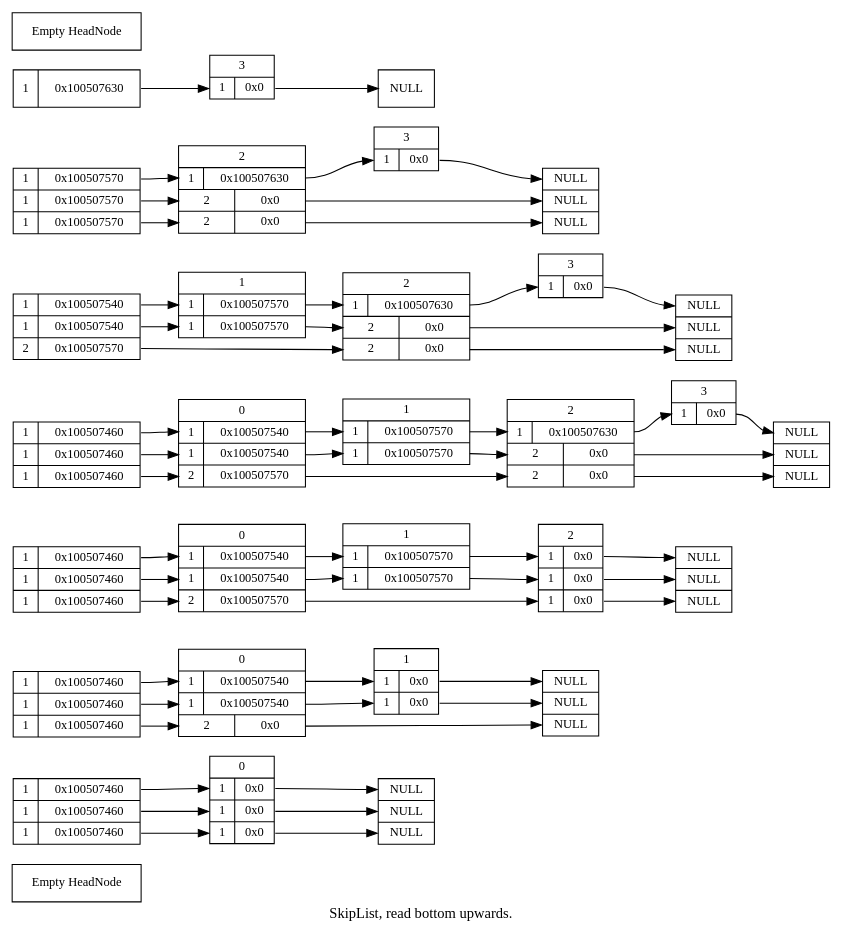
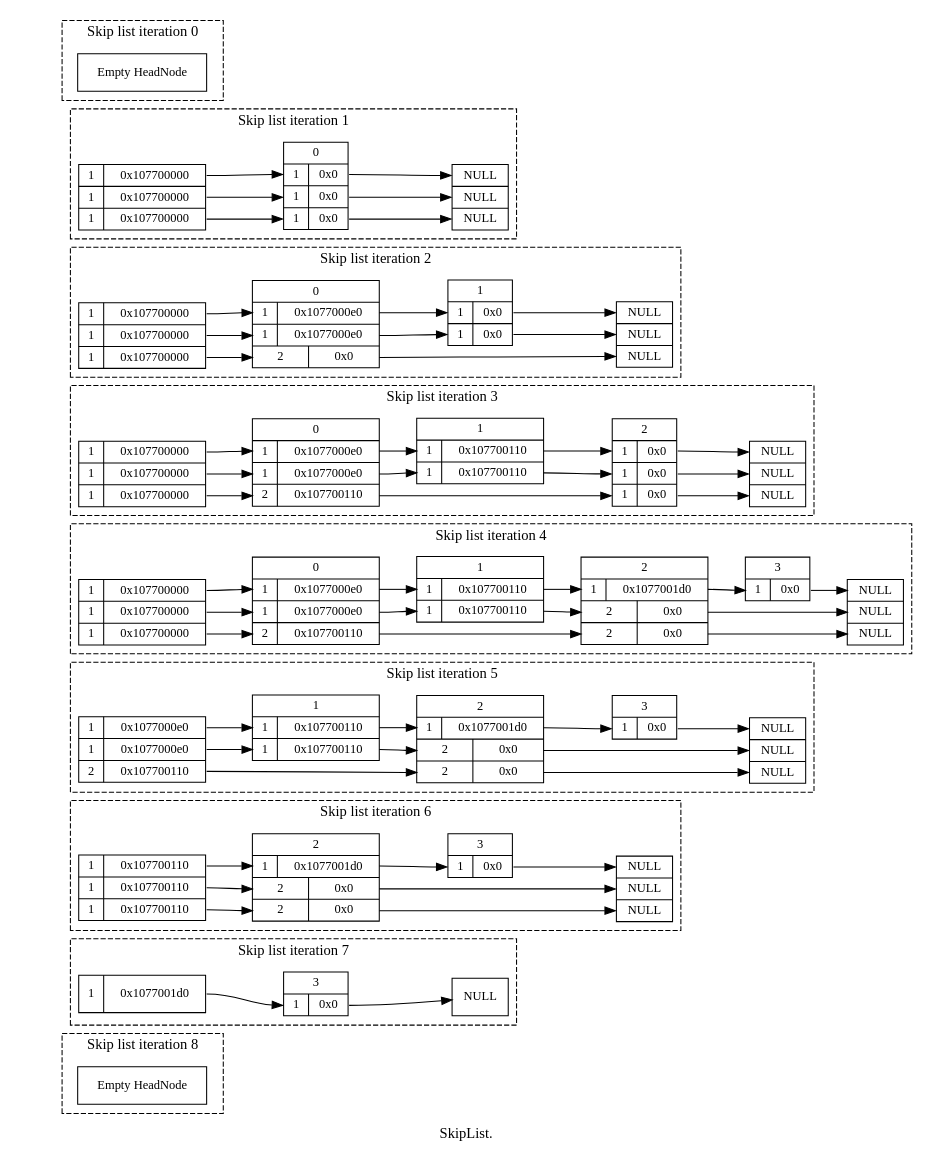
The diagram in doc/skiplist_visualisation/dot/doc_insert_remove.dot (paulross/skiplist), drawn with Graphviz before and after one commit. The commit also changed 31 other files, not shown here.

```diff
--- a/doc/skiplist_visualisation/dot/doc_insert_remove.dot
+++ b/doc/skiplist_visualisation/dot/doc_insert_remove.dot
@@ -1,169 +1,225 @@
 # doc_insert_remove
 digraph SkipList {
-label = "SkipList, read bottom upwards."
+label = "SkipList."
 graph [rankdir = "LR"];
 node [fontsize = "12" shape = "ellipse"];
 edge [];
-"HeadNode" [
+
+subgraph cluster0 {
+style=dashed
+label="Skip list iteration 0"
+"HeadNode0" [
 label = "Empty HeadNode"
 shape = "record"
 ];
+}
+
+subgraph cluster1 {
+style=dashed
+label="Skip list iteration 1"
 "HeadNode1" [
-label = "{ 1 | <f0> 0x100507460} | { 1 | <f1> 0x100507460} | { 1 | <f2> 0x100507460}"
+label = "{ 1 | <f0> 0x107700000} | { 1 | <f1> 0x107700000} | { 1 | <f2> 0x107700000}"
 shape = "record"
 ];
 "node10x0" [label = "<w1> NULL | <w2> NULL | <w3> NULL" shape = "record"];
-"HeadNode1":f0 -> "node10x100507460":w1 [];
-"HeadNode1":f1 -> "node10x100507460":w2 [];
-"HeadNode1":f2 -> "node10x100507460":w3 [];
-"node10x100507460" [
+"HeadNode1":f0 -> "node10x107700000":w1 [];
+"HeadNode1":f1 -> "node10x107700000":w2 [];
+"HeadNode1":f2 -> "node10x107700000":w3 [];
+"node10x107700000" [
 label = "<f0> 0 | { <w1> 1 | <f1> 0x0 } | { <w2> 1 | <f2> 0x0 } | { <w3> 1 | <f3> 0x0 }"
 shape = "record"
 ];
-"node10x100507460":f1 -> "node10x0":w1 [];
-"node10x100507460":f2 -> "node10x0":w2 [];
-"node10x100507460":f3 -> "node10x0":w3 [];
+"node10x107700000":f1 -> "node10x0":w1 [];
+"node10x107700000":f2 -> "node10x0":w2 [];
+"node10x107700000":f3 -> "node10x0":w3 [];
+}
+
+subgraph cluster2 {
+style=dashed
+label="Skip list iteration 2"
 "HeadNode2" [
-label = "{ 1 | <f0> 0x100507460} | { 1 | <f1> 0x100507460} | { 1 | <f2> 0x100507460}"
+label = "{ 1 | <f0> 0x107700000} | { 1 | <f1> 0x107700000} | { 1 | <f2> 0x107700000}"
 shape = "record"
 ];
 "node20x0" [label = "<w1> NULL | <w2> NULL | <w3> NULL" shape = "record"];
-"HeadNode2":f0 -> "node20x100507460":w1 [];
-"HeadNode2":f1 -> "node20x100507460":w2 [];
-"HeadNode2":f2 -> "node20x100507460":w3 [];
-"node20x100507460" [
-label = "<f0> 0 | { <w1> 1 | <f1> 0x100507540 } | { <w2> 1 | <f2> 0x100507540 } | { <w3> 2 | <f3> 0x0 }"
+"HeadNode2":f0 -> "node20x107700000":w1 [];
+"HeadNode2":f1 -> "node20x107700000":w2 [];
+"HeadNode2":f2 -> "node20x107700000":w3 [];
+"node20x107700000" [
+label = "<f0> 0 | { <w1> 1 | <f1> 0x1077000e0 } | { <w2> 1 | <f2> 0x1077000e0 } | { <w3> 2 | <f3> 0x0 }"
 shape = "record"
 ];
-"node20x100507460":f1 -> "node20x100507540":w1 [];
-"node20x100507460":f2 -> "node20x100507540":w2 [];
-"node20x100507460":f3 -> "node20x0":w3 [];
-"node20x100507540" [
+"node20x107700000":f1 -> "node20x1077000e0":w1 [];
+"node20x107700000":f2 -> "node20x1077000e0":w2 [];
+"node20x107700000":f3 -> "node20x0":w3 [];
+"node20x1077000e0" [
 label = "<f0> 1 | { <w1> 1 | <f1> 0x0 } | { <w2> 1 | <f2> 0x0 }"
 shape = "record"
 ];
-"node20x100507540":f1 -> "node20x0":w1 [];
-"node20x100507540":f2 -> "node20x0":w2 [];
+"node20x1077000e0":f1 -> "node20x0":w1 [];
+"node20x1077000e0":f2 -> "node20x0":w2 [];
+}
+
+subgraph cluster3 {
+style=dashed
+label="Skip list iteration 3"
 "HeadNode3" [
-label = "{ 1 | <f0> 0x100507460} | { 1 | <f1> 0x100507460} | { 1 | <f2> 0x100507460}"
+label = "{ 1 | <f0> 0x107700000} | { 1 | <f1> 0x107700000} | { 1 | <f2> 0x107700000}"
 shape = "record"
 ];
 "node30x0" [label = "<w1> NULL | <w2> NULL | <w3> NULL" shape = "record"];
-"HeadNode3":f0 -> "node30x100507460":w1 [];
-"HeadNode3":f1 -> "node30x100507460":w2 [];
-"HeadNode3":f2 -> "node30x100507460":w3 [];
-"node30x100507460" [
-label = "<f0> 0 | { <w1> 1 | <f1> 0x100507540 } | { <w2> 1 | <f2> 0x100507540 } | { <w3> 2 | <f3> 0x100507570 }"
+"HeadNode3":f0 -> "node30x107700000":w1 [];
+"HeadNode3":f1 -> "node30x107700000":w2 [];
+"HeadNode3":f2 -> "node30x107700000":w3 [];
+"node30x107700000" [
+label = "<f0> 0 | { <w1> 1 | <f1> 0x1077000e0 } | { <w2> 1 | <f2> 0x1077000e0 } | { <w3> 2 | <f3> 0x107700110 }"
 shape = "record"
 ];
-"node30x100507460":f1 -> "node30x100507540":w1 [];
-"node30x100507460":f2 -> "node30x100507540":w2 [];
-"node30x100507460":f3 -> "node30x100507570":w3 [];
-"node30x100507540" [
-label = "<f0> 1 | { <w1> 1 | <f1> 0x100507570 } | { <w2> 1 | <f2> 0x100507570 }"
+"node30x107700000":f1 -> "node30x1077000e0":w1 [];
+"node30x107700000":f2 -> "node30x1077000e0":w2 [];
+"node30x107700000":f3 -> "node30x107700110":w3 [];
+"node30x1077000e0" [
+label = "<f0> 1 | { <w1> 1 | <f1> 0x107700110 } | { <w2> 1 | <f2> 0x107700110 }"
 shape = "record"
 ];
-"node30x100507540":f1 -> "node30x100507570":w1 [];
-"node30x100507540":f2 -> "node30x100507570":w2 [];
-"node30x100507570" [
+"node30x1077000e0":f1 -> "node30x107700110":w1 [];
+"node30x1077000e0":f2 -> "node30x107700110":w2 [];
+"node30x107700110" [
 label = "<f0> 2 | { <w1> 1 | <f1> 0x0 } | { <w2> 1 | <f2> 0x0 } | { <w3> 1 | <f3> 0x0 }"
 shape = "record"
 ];
-"node30x100507570":f1 -> "node30x0":w1 [];
-"node30x100507570":f2 -> "node30x0":w2 [];
-"node30x100507570":f3 -> "node30x0":w3 [];
+"node30x107700110":f1 -> "node30x0":w1 [];
+"node30x107700110":f2 -> "node30x0":w2 [];
+"node30x107700110":f3 -> "node30x0":w3 [];
+}
+
+subgraph cluster4 {
+style=dashed
+label="Skip list iteration 4"
 "HeadNode4" [
-label = "{ 1 | <f0> 0x100507460} | { 1 | <f1> 0x100507460} | { 1 | <f2> 0x100507460}"
+label = "{ 1 | <f0> 0x107700000} | { 1 | <f1> 0x107700000} | { 1 | <f2> 0x107700000}"
 shape = "record"
 ];
 "node40x0" [label = "<w1> NULL | <w2> NULL | <w3> NULL" shape = "record"];
-"HeadNode4":f0 -> "node40x100507460":w1 [];
-"HeadNode4":f1 -> "node40x100507460":w2 [];
-"HeadNode4":f2 -> "node40x100507460":w3 [];
-"node40x100507460" [
-label = "<f0> 0 | { <w1> 1 | <f1> 0x100507540 } | { <w2> 1 | <f2> 0x100507540 } | { <w3> 2 | <f3> 0x100507570 }"
+"HeadNode4":f0 -> "node40x107700000":w1 [];
+"HeadNode4":f1 -> "node40x107700000":w2 [];
+"HeadNode4":f2 -> "node40x107700000":w3 [];
+"node40x107700000" [
+label = "<f0> 0 | { <w1> 1 | <f1> 0x1077000e0 } | { <w2> 1 | <f2> 0x1077000e0 } | { <w3> 2 | <f3> 0x107700110 }"
 shape = "record"
 ];
-"node40x100507460":f1 -> "node40x100507540":w1 [];
-"node40x100507460":f2 -> "node40x100507540":w2 [];
-"node40x100507460":f3 -> "node40x100507570":w3 [];
-"node40x100507540" [
-label = "<f0> 1 | { <w1> 1 | <f1> 0x100507570 } | { <w2> 1 | <f2> 0x100507570 }"
+"node40x107700000":f1 -> "node40x1077000e0":w1 [];
+"node40x107700000":f2 -> "node40x1077000e0":w2 [];
+"node40x107700000":f3 -> "node40x107700110":w3 [];
+"node40x1077000e0" [
+label = "<f0> 1 | { <w1> 1 | <f1> 0x107700110 } | { <w2> 1 | <f2> 0x107700110 }"
 shape = "record"
 ];
-"node40x100507540":f1 -> "node40x100507570":w1 [];
-"node40x100507540":f2 -> "node40x100507570":w2 [];
-"node40x100507570" [
-label = "<f0> 2 | { <w1> 1 | <f1> 0x100507630 } | { <w2> 2 | <f2> 0x0 } | { <w3> 2 | <f3> 0x0 }"
+"node40x1077000e0":f1 -> "node40x107700110":w1 [];
+"node40x1077000e0":f2 -> "node40x107700110":w2 [];
+"node40x107700110" [
+label = "<f0> 2 | { <w1> 1 | <f1> 0x1077001d0 } | { <w2> 2 | <f2> 0x0 } | { <w3> 2 | <f3> 0x0 }"
 shape = "record"
 ];
-"node40x100507570":f1 -> "node40x100507630":w1 [];
-"node40x100507570":f2 -> "node40x0":w2 [];
-"node40x100507570":f3 -> "node40x0":w3 [];
-"node40x100507630" [
+"node40x107700110":f1 -> "node40x1077001d0":w1 [];
+"node40x107700110":f2 -> "node40x0":w2 [];
+"node40x107700110":f3 -> "node40x0":w3 [];
+"node40x1077001d0" [
 label = "<f0> 3 | { <w1> 1 | <f1> 0x0 }"
 shape = "record"
 ];
-"node40x100507630":f1 -> "node40x0":w1 [];
+"node40x1077001d0":f1 -> "node40x0":w1 [];
+}
+
+subgraph cluster5 {
+style=dashed
+label="Skip list iteration 5"
 "HeadNode5" [
-label = "{ 1 | <f0> 0x100507540} | { 1 | <f1> 0x100507540} | { 2 | <f2> 0x100507570}"
+label = "{ 1 | <f0> 0x1077000e0} | { 1 | <f1> 0x1077000e0} | { 2 | <f2> 0x107700110}"
 shape = "record"
 ];
 "node50x0" [label = "<w1> NULL | <w2> NULL | <w3> NULL" shape = "record"];
-"HeadNode5":f0 -> "node50x100507540":w1 [];
-"HeadNode5":f1 -> "node50x100507540":w2 [];
-"HeadNode5":f2 -> "node50x100507570":w3 [];
-"node50x100507540" [
-label = "<f0> 1 | { <w1> 1 | <f1> 0x100507570 } | { <w2> 1 | <f2> 0x100507570 }"
+"HeadNode5":f0 -> "node50x1077000e0":w1 [];
+"HeadNode5":f1 -> "node50x1077000e0":w2 [];
+"HeadNode5":f2 -> "node50x107700110":w3 [];
+"node50x1077000e0" [
+label = "<f0> 1 | { <w1> 1 | <f1> 0x107700110 } | { <w2> 1 | <f2> 0x107700110 }"
 shape = "record"
 ];
-"node50x100507540":f1 -> "node50x100507570":w1 [];
-"node50x100507540":f2 -> "node50x100507570":w2 [];
-"node50x100507570" [
-label = "<f0> 2 | { <w1> 1 | <f1> 0x100507630 } | { <w2> 2 | <f2> 0x0 } | { <w3> 2 | <f3> 0x0 }"
+"node50x1077000e0":f1 -> "node50x107700110":w1 [];
+"node50x1077000e0":f2 -> "node50x107700110":w2 [];
+"node50x107700110" [
+label = "<f0> 2 | { <w1> 1 | <f1> 0x1077001d0 } | { <w2> 2 | <f2> 0x0 } | { <w3> 2 | <f3> 0x0 }"
 shape = "record"
 ];
-"node50x100507570":f1 -> "node50x100507630":w1 [];
-"node50x100507570":f2 -> "node50x0":w2 [];
-"node50x100507570":f3 -> "node50x0":w3 [];
-"node50x100507630" [
+"node50x107700110":f1 -> "node50x1077001d0":w1 [];
+"node50x107700110":f2 -> "node50x0":w2 [];
+"node50x107700110":f3 -> "node50x0":w3 [];
+"node50x1077001d0" [
 label = "<f0> 3 | { <w1> 1 | <f1> 0x0 }"
 shape = "record"
 ];
-"node50x100507630":f1 -> "node50x0":w1 [];
+"node50x1077001d0":f1 -> "node50x0":w1 [];
+}
+
+subgraph cluster6 {
+style=dashed
+label="Skip list iteration 6"
 "HeadNode6" [
-label = "{ 1 | <f0> 0x100507570} | { 1 | <f1> 0x100507570} | { 1 | <f2> 0x100507570}"
+label = "{ 1 | <f0> 0x107700110} | { 1 | <f1> 0x107700110} | { 1 | <f2> 0x107700110}"
 shape = "record"
 ];
 "node60x0" [label = "<w1> NULL | <w2> NULL | <w3> NULL" shape = "record"];
-"HeadNode6":f0 -> "node60x100507570":w1 [];
-"HeadNode6":f1 -> "node60x100507570":w2 [];
-"HeadNode6":f2 -> "node60x100507570":w3 [];
-"node60x100507570" [
-label = "<f0> 2 | { <w1> 1 | <f1> 0x100507630 } | { <w2> 2 | <f2> 0x0 } | { <w3> 2 | <f3> 0x0 }"
+"HeadNode6":f0 -> "node60x107700110":w1 [];
+"HeadNode6":f1 -> "node60x107700110":w2 [];
+"HeadNode6":f2 -> "node60x107700110":w3 [];
+"node60x107700110" [
+label = "<f0> 2 | { <w1> 1 | <f1> 0x1077001d0 } | { <w2> 2 | <f2> 0x0 } | { <w3> 2 | <f3> 0x0 }"
 shape = "record"
 ];
-"node60x100507570":f1 -> "node60x100507630":w1 [];
-"node60x100507570":f2 -> "node60x0":w2 [];
-"node60x100507570":f3 -> "node60x0":w3 [];
-"node60x100507630" [
+"node60x107700110":f1 -> "node60x1077001d0":w1 [];
+"node60x107700110":f2 -> "node60x0":w2 [];
+"node60x107700110":f3 -> "node60x0":w3 [];
+"node60x1077001d0" [
 label = "<f0> 3 | { <w1> 1 | <f1> 0x0 }"
 shape = "record"
 ];
-"node60x100507630":f1 -> "node60x0":w1 [];
+"node60x1077001d0":f1 -> "node60x0":w1 [];
+}
+
+subgraph cluster7 {
+style=dashed
+label="Skip list iteration 7"
 "HeadNode7" [
-label = "{ 1 | <f0> 0x100507630}"
+label = "{ 1 | <f0> 0x1077001d0}"
 shape = "record"
 ];
 "node70x0" [label = "<w1> NULL" shape = "record"];
-"HeadNode7":f0 -> "node70x100507630":w1 [];
-"node70x100507630" [
+"HeadNode7":f0 -> "node70x1077001d0":w1 [];
+"node70x1077001d0" [
 label = "<f0> 3 | { <w1> 1 | <f1> 0x0 }"
 shape = "record"
 ];
-"node70x100507630":f1 -> "node70x0":w1 [];
+"node70x1077001d0":f1 -> "node70x0":w1 [];
+}
+
+subgraph cluster8 {
+style=dashed
+label="Skip list iteration 8"
 "HeadNode8" [
 label = "Empty HeadNode"
 shape = "record"
 ];
 }
+
+node0 [shape=record, label = "<f0> | <f1> | <f2> | <f3> | <f4> | <f5> | <f6> | <f7> | <f8> | ", style=invis, width=0.01];
+node0:f0 -> HeadNode0 [style=invis];
+node0:f1 -> HeadNode1 [style=invis];
+node0:f2 -> HeadNode2 [style=invis];
+node0:f3 -> HeadNode3 [style=invis];
+node0:f4 -> HeadNode4 [style=invis];
+node0:f5 -> HeadNode5 [style=invis];
+node0:f6 -> HeadNode6 [style=invis];
+node0:f7 -> HeadNode7 [style=invis];
+node0:f8 -> HeadNode8 [style=invis];
+}
```
